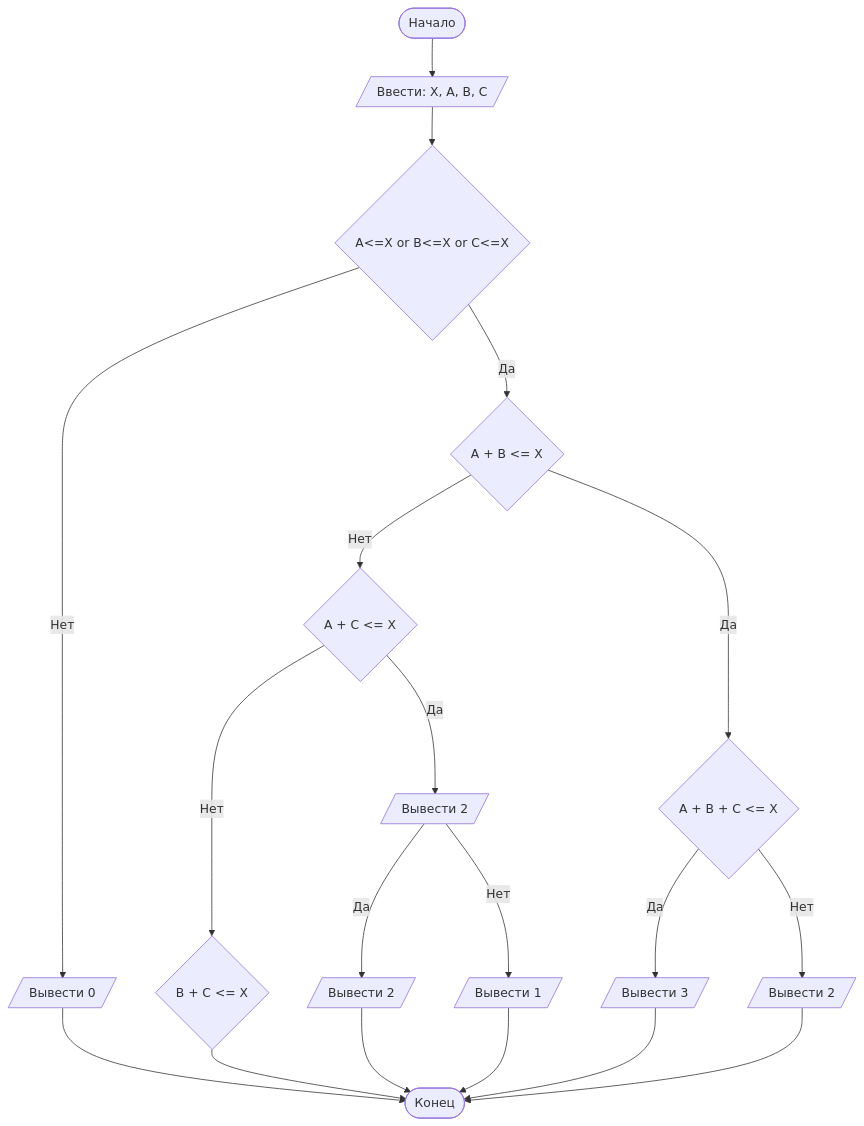
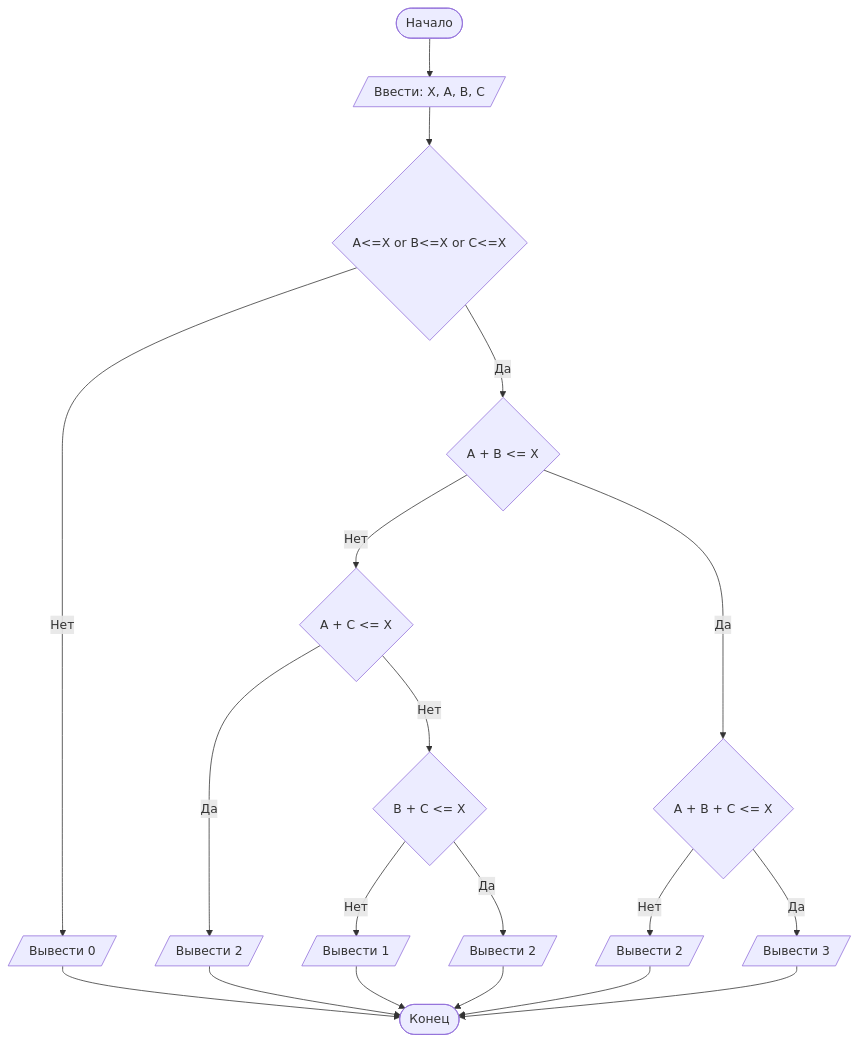
One commit to ArseniiMSorokin/Lab1 changed the diagram in README.md. Above: the diagram before and after it, drawn with Mermaid.

````diff
--- a/README.md
+++ b/README.md
@@ -120,22 +120,21 @@
 ```mermaid
 graph TD
     A([Начало]) --> B[/Ввести: X, A, B, C/]
     B --> C{A<=X or B<=X or C<=X}
     C -- Нет --> D[/Вывести 0/]
     C -- Да --> F{A + B <= X}
     F -- Нет --> G{A + C <= X}
-    G -- Да --> I[/Вывести 2/]
-    G -- Нет --> H{B + C <= X}
-    I -- Да --> J[/Вывести 2/]
-    I -- Нет --> K[/Вывести 1/]
+    G -- Да --> H[/Вывести 2/]
+    G -- Нет --> I{B + C <= X}
+    I -- Нет --> J[/Вывести 1/]
+    I -- Да --> K[/Вывести 2/]
     F -- Да --> L{A + B + C <= X}
-    L -- Да --> M[/Вывести 3/]
-    L -- Нет --> N[/Вывести 2/]
+    L -- Нет --> M[/Вывести 2/]
+    L -- Да --> N[/Вывести 3/]
     D --> Z
     H --> Z
     J --> Z
     K --> Z
     M --> Z
-    N --> Z([Конец])    
-
+    N --> Z([Конец])
 ```
````
